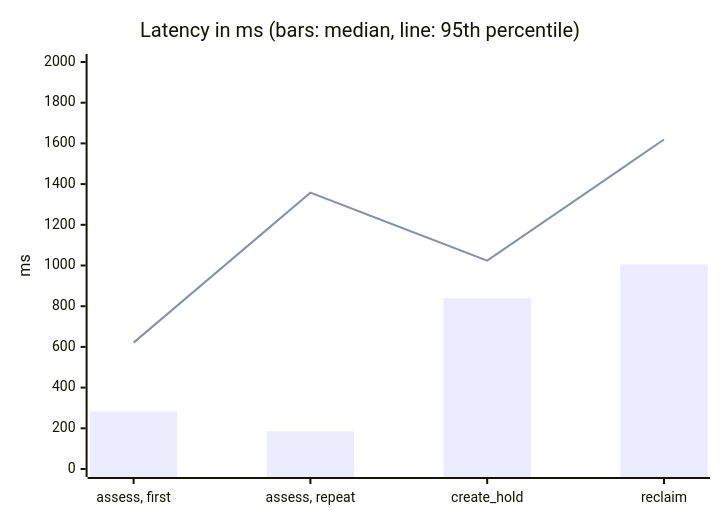
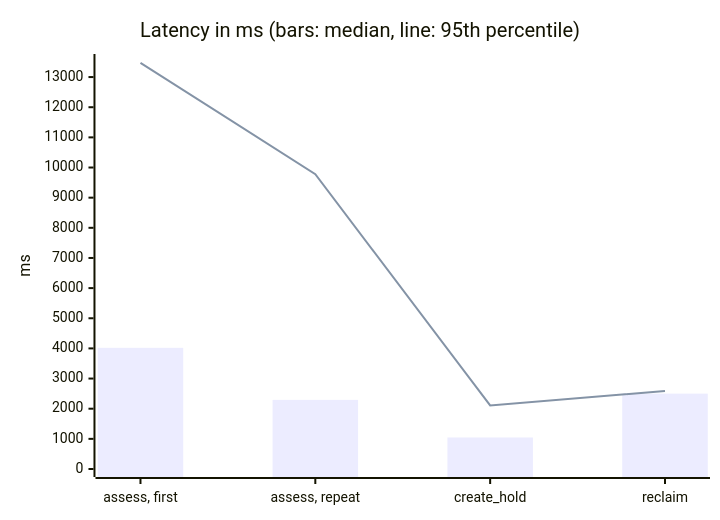
One commit to Prashant-thakur77/HOLDBACK changed the eighth of 15 diagrams in README.md. Above: the diagram before and after it, drawn with Mermaid. The commit also changed other lines of this file and 9 other files, not shown here.

````diff
--- a/README.md
+++ b/README.md
@@ -231,8 +231,8 @@
 ```mermaid
 xychart-beta
   title "Latency in ms (bars: median, line: 95th percentile)"
   x-axis ["assess, first", "assess, repeat", "create_hold", "reclaim"]
-  y-axis "ms" 0 --> 2000
-  bar [283, 185, 839, 1006]
-  line [621, 1358, 1024, 1619]
+  y-axis "ms" 0 --> 13500
+  bar [4020, 2292, 1046, 2500]
+  line [13474, 9780, 2108, 2589]
 ```
````
